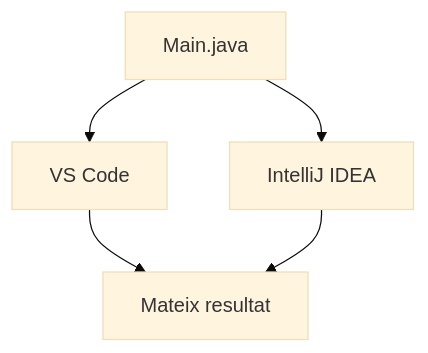
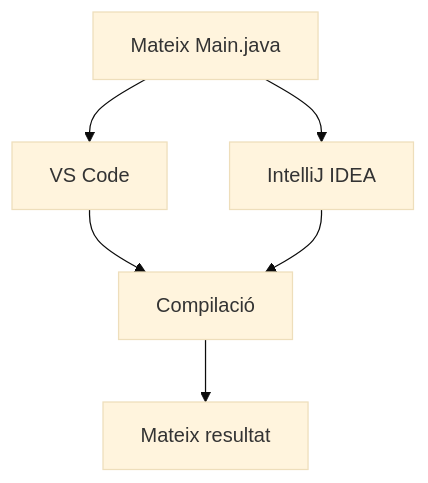
One commit to jordicido/jordicina changed the second of 2 diagrams in docs/daw-ed/up1/activitats/activitat-3-construccio.md. Above: the diagram before and after it, drawn with Mermaid (base theme). The commit also changed other lines of this file, not shown here.

````diff
--- a/docs/daw-ed/up1/activitats/activitat-3-construccio.md
+++ b/docs/daw-ed/up1/activitats/activitat-3-construccio.md
@@ -201,10 +200,13 @@
 ```mermaid
 flowchart TB
-    A["Main.java"]
+
+    A["Mateix Main.java"]
 
     A --> B["VS Code"]
     A --> C["IntelliJ IDEA"]
 
-    B --> D["Mateix resultat"]
+    B --> D["Compilació"]
     C --> D
+
+    D --> E["Mateix resultat"]
 ```
````
